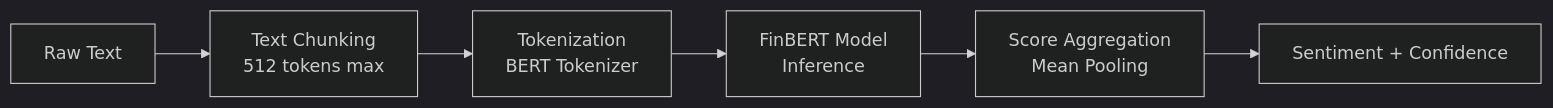
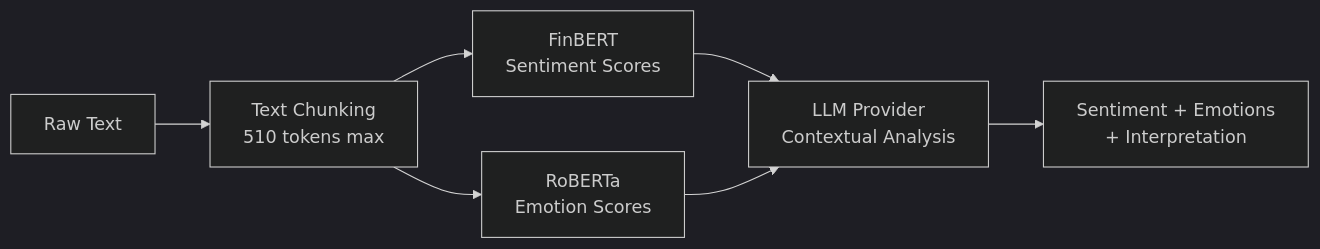
Before and after one commit to JustaKris/Donald-Trump-Rally-Speeches-NLP: the second of 14 diagrams in docs/reference/architecture.md, drawn with Mermaid (dark theme). The commit also changed other lines of this file and 8 other files, not shown here.

````diff
--- a/docs/reference/architecture.md
+++ b/docs/reference/architecture.md
@@ -97,8 +107,9 @@
 ```mermaid
 graph LR
-    Input[Raw Text] --> Chunk[Text Chunking<br/>512 tokens max]
-    Chunk --> Tokenize[Tokenization<br/>BERT Tokenizer]
-    Tokenize --> Model[FinBERT Model<br/>Inference]
-    Model --> Aggregate[Score Aggregation<br/>Mean Pooling]
-    Aggregate --> Output[Sentiment + Confidence]
+    Input[Raw Text] --> Chunk[Text Chunking<br/>510 tokens max]
+    Chunk --> Sentiment[FinBERT<br/>Sentiment Scores]
+    Chunk --> Emotion[RoBERTa<br/>Emotion Scores]
+    Sentiment --> LLM[LLM Provider<br/>Contextual Analysis]
+    Emotion --> LLM
+    LLM --> Output[Sentiment + Emotions<br/>+ Interpretation]
 ```
````
